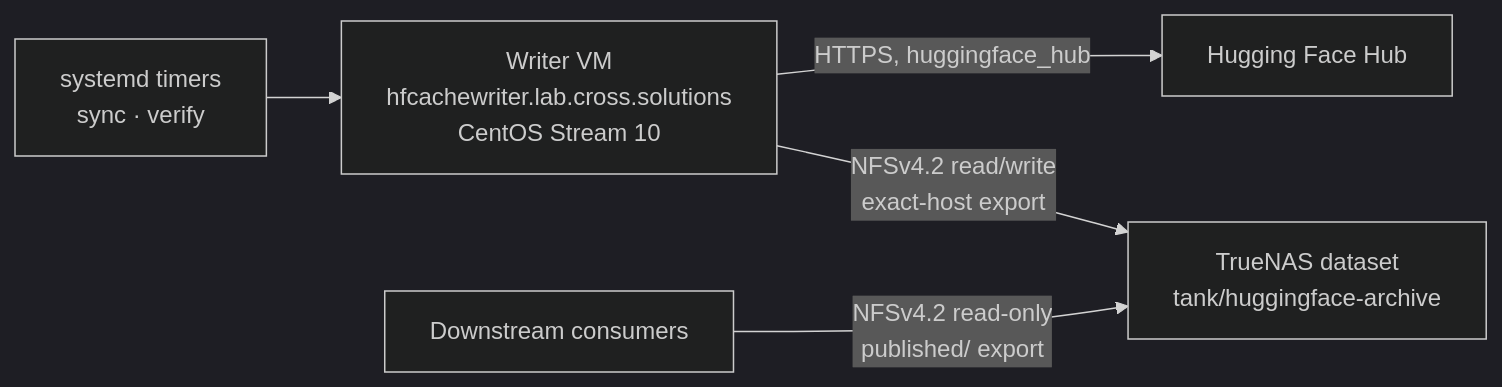
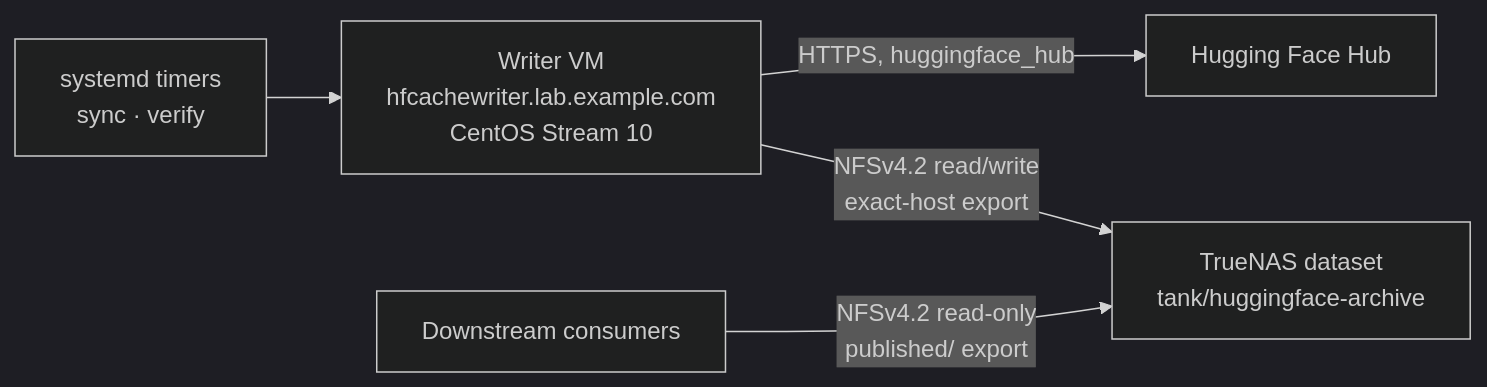
Before and after one commit to wtcross/hfcache: the diagram in docs/architecture.md, drawn with Mermaid (dark theme). The commit also changed 25 other files, not shown here.

````diff
--- a/docs/architecture.md
+++ b/docs/architecture.md
@@ -35,7 +35,7 @@
 ```mermaid
 flowchart LR
-    T["systemd timers<br/>sync · verify"] --> W["Writer VM<br/>hfcachewriter.lab.cross.solutions<br/>CentOS Stream 10"]
+    T["systemd timers<br/>sync · verify"] --> W["Writer VM<br/>hfcachewriter.lab.example.com<br/>CentOS Stream 10"]
     W -->|"HTTPS, huggingface_hub"| H["Hugging Face Hub"]
     W -->|"NFSv4.2 read/write<br/>exact-host export"| N["TrueNAS dataset<br/>tank/huggingface-archive"]
     C["Downstream consumers"] -->|"NFSv4.2 read-only<br/>published/ export"| N
 ```
````
